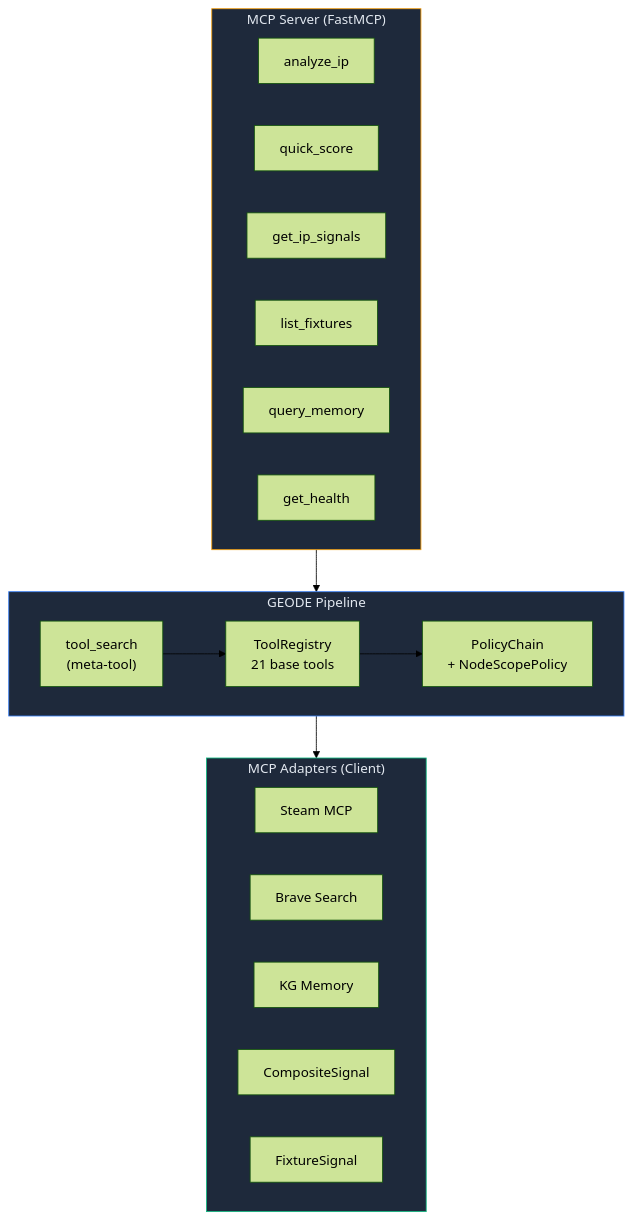
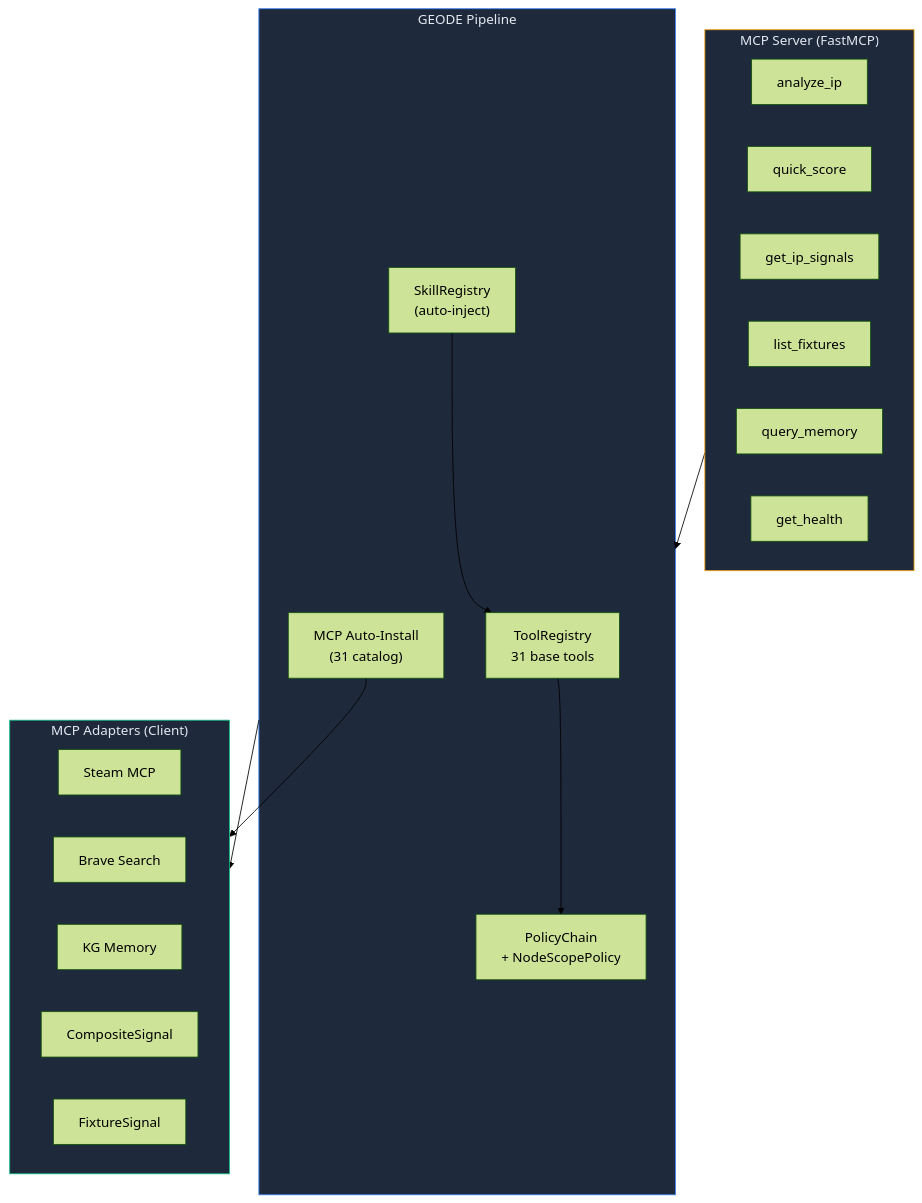
Before and after one commit to mangowhoiscloud/geode: the sixth of 12 diagrams in README.md, drawn with Mermaid (forest theme). The commit also changed other lines of this file and 13 other files, not shown here.

````diff
--- a/README.md
+++ b/README.md
@@ -271,34 +276,36 @@
 ```mermaid
 graph TB
     subgraph GEODE["GEODE Pipeline"]
-        Registry["ToolRegistry<br/>21 base tools"]
+        Registry["ToolRegistry<br/>31 base tools"]
         Policy["PolicyChain<br/>+ NodeScopePolicy"]
-        TS["tool_search<br/>(meta-tool)"]
+        SkillReg["SkillRegistry<br/>(auto-inject)"]
+        MCPInstall["MCP Auto-Install<br/>(31 catalog)"]
     end
 
     subgraph MCPAdapters["MCP Adapters (Client)"]
         Steam["Steam MCP"]
         Brave["Brave Search"]
         KGMem["KG Memory"]
         CompSig["CompositeSignal"]
         FixSig["FixtureSignal"]
     end
 
     subgraph MCPServer["MCP Server (FastMCP)"]
         T1["analyze_ip"]
         T2["quick_score"]
         T3["get_ip_signals"]
         T4["list_fixtures"]
         T5["query_memory"]
         T6["get_health"]
     end
 
     Registry --> Policy
-    TS --> Registry
+    SkillReg --> Registry
+    MCPInstall --> MCPAdapters
     GEODE --> MCPAdapters
     MCPServer --> GEODE
 
     style GEODE fill:#1e293b,stroke:#3b82f6,color:#e2e8f0
     style MCPAdapters fill:#1e293b,stroke:#10b981,color:#e2e8f0
     style MCPServer fill:#1e293b,stroke:#f59e0b,color:#e2e8f0
 ```
````
